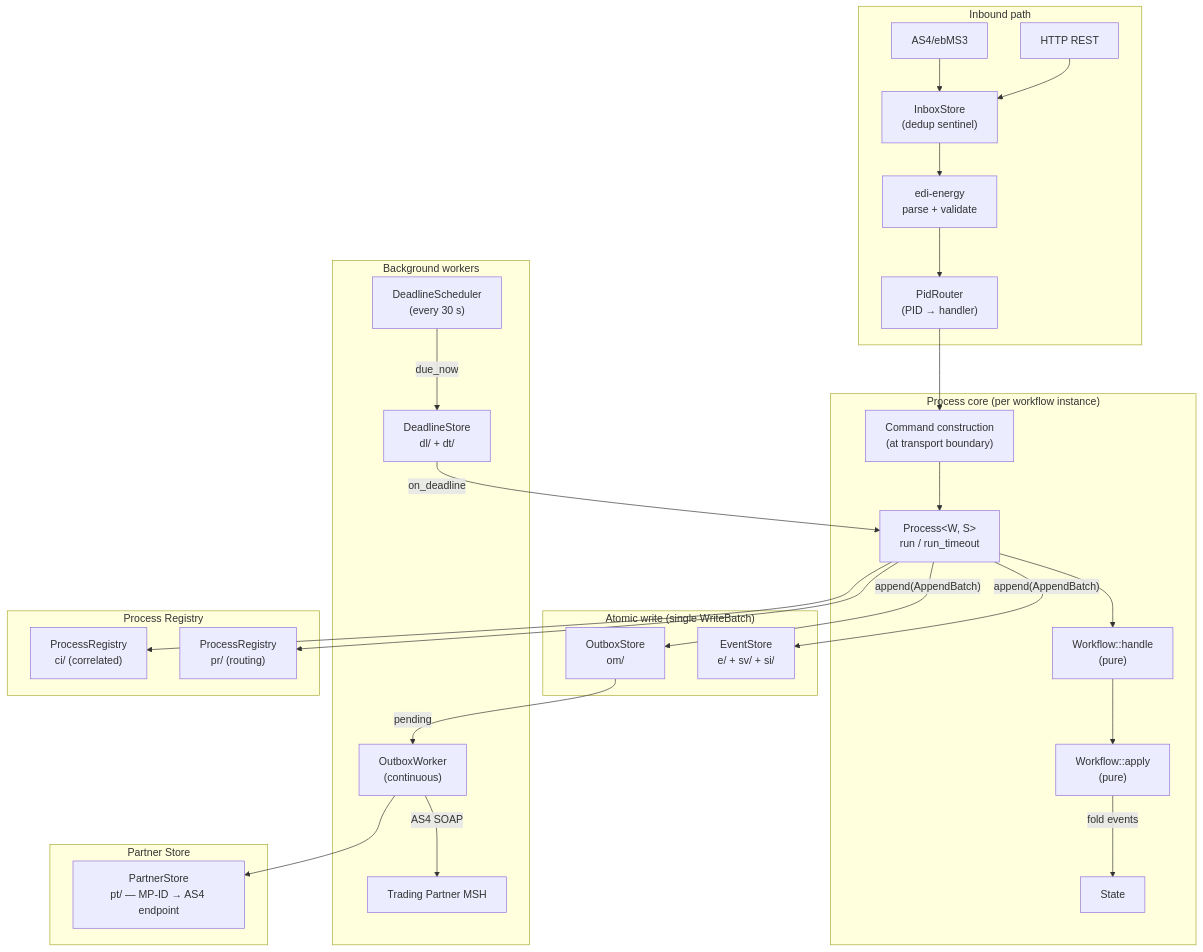
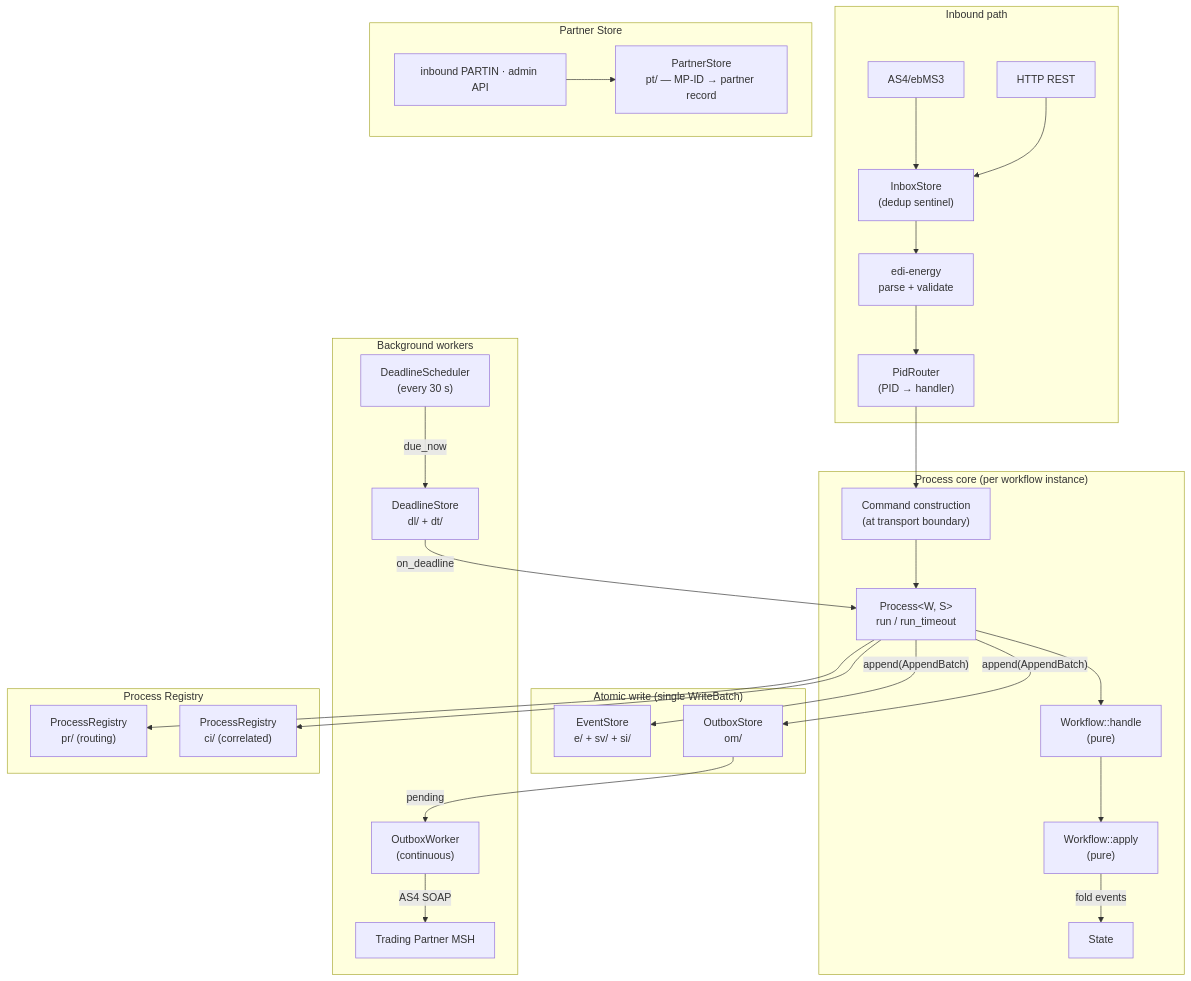
One commit to hupe1980/mako changed the first of 4 diagrams in site/content/docs/architecture/engine.md. Above: the diagram before and after it, drawn with Mermaid. The commit also changed other lines of this file and 205 other files, not shown here.

````diff
--- a/site/content/docs/architecture/engine.md
+++ b/site/content/docs/architecture/engine.md
@@ -15,43 +15,42 @@
 ```mermaid
 graph TD
     subgraph Inbound["Inbound path"]
         AS4["AS4/ebMS3"]
         REST["HTTP REST"]
         AS4 & REST --> IB["InboxStore<br/>(dedup sentinel)"]
         IB --> PARSE["edi-energy<br/>parse + validate"]
         PARSE --> ROUTER["PidRouter<br/>(PID → handler)"]
     end
 
     subgraph Core["Process core (per workflow instance)"]
         ROUTER --> CMD["Command construction<br/>(at transport boundary)"]
         CMD --> PROC["Process&lt;W, S&gt;<br/>run / run_timeout"]
         PROC --> WH["Workflow::handle<br/>(pure)"]
         WH --> WA["Workflow::apply<br/>(pure)"]
         WA -->|"fold events"| STATE["State"]
     end
 
     subgraph Atomic["Atomic write (single WriteBatch)"]
         PROC -->|"append(AppendBatch)"| ES["EventStore<br/>e/ + sv/ + si/"]
         PROC -->|"append(AppendBatch)"| OMS["OutboxStore<br/>om/"]
     end
 
     subgraph Background["Background workers"]
         OW["OutboxWorker<br/>(continuous)"]
         DS["DeadlineScheduler<br/>(every 30 s)"]
         OMS -->|"pending"| OW
         OW -->|"AS4 SOAP"| PARTNER["Trading Partner MSH"]
         DS -->|"due_now"| DL["DeadlineStore<br/>dl/ + dt/"]
         DL -->|"on_deadline"| PROC
     end
 
     subgraph Registry["Process Registry"]
         PR["ProcessRegistry<br/>pr/ (routing)"]
         CI["ProcessRegistry<br/>ci/ (correlated)"]
         PROC --> PR & CI
     end
 
     subgraph Partners["Partner Store"]
-        PT["PartnerStore<br/>pt/ — MP-ID → AS4 endpoint"]
-        OW --> PT
+        PIN["inbound PARTIN · admin API"] --> PT["PartnerStore<br/>pt/ — MP-ID → partner record"]
     end
 ```
````
